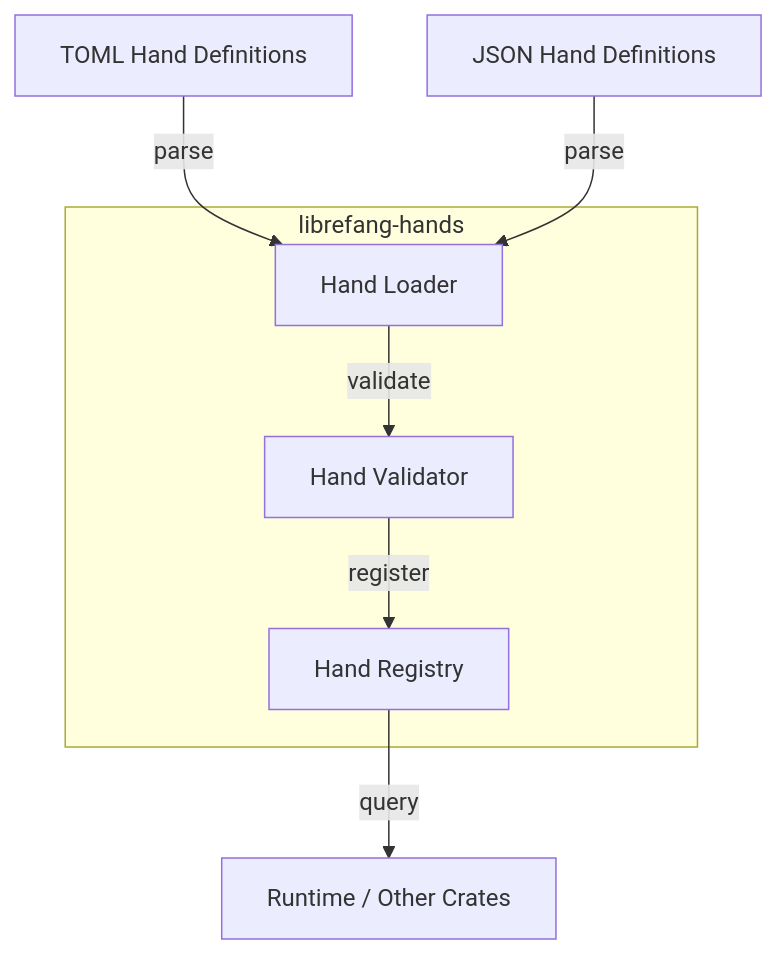
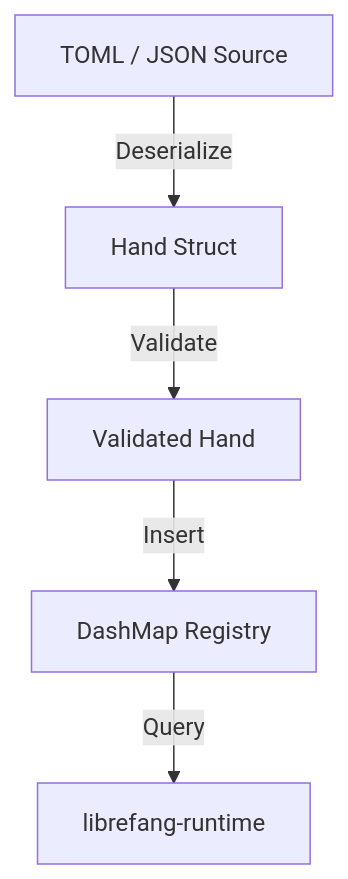
The diagram in other-librefang-hands.md (leszek3737/librefang-WIki), drawn with Mermaid before and after one commit. The commit also changed other lines of this file and 98 other files, not shown here.

````diff
--- a/other-librefang-hands.md
+++ b/other-librefang-hands.md
@@ -34,13 +40,7 @@
 ```mermaid
 graph TD
-    TOML[TOML Hand Definitions] -->|parse| Loader[Hand Loader]
-    JSON[JSON Hand Definitions] -->|parse| Loader
-    Loader -->|validate| Validator[Hand Validator]
-    Validator -->|register| Registry[Hand Registry]
-    Registry -->|query| Consumers[Runtime / Other Crates]
-    subgraph librefang-hands
-        Loader
-        Validator
-        Registry
-    end
+    A[TOML / JSON Source] -->|Deserialize| B[Hand Struct]
+    B -->|Validate| C[Validated Hand]
+    C -->|Insert| D[DashMap Registry]
+    D -->|Query| E[librefang-runtime]
 ```
````
